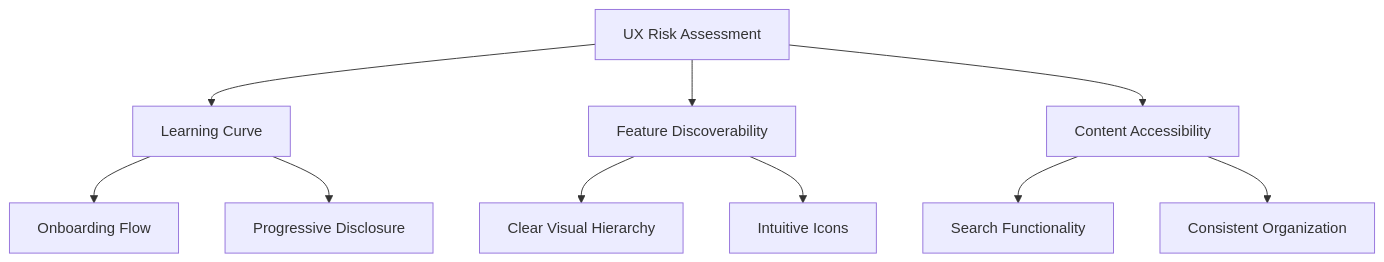
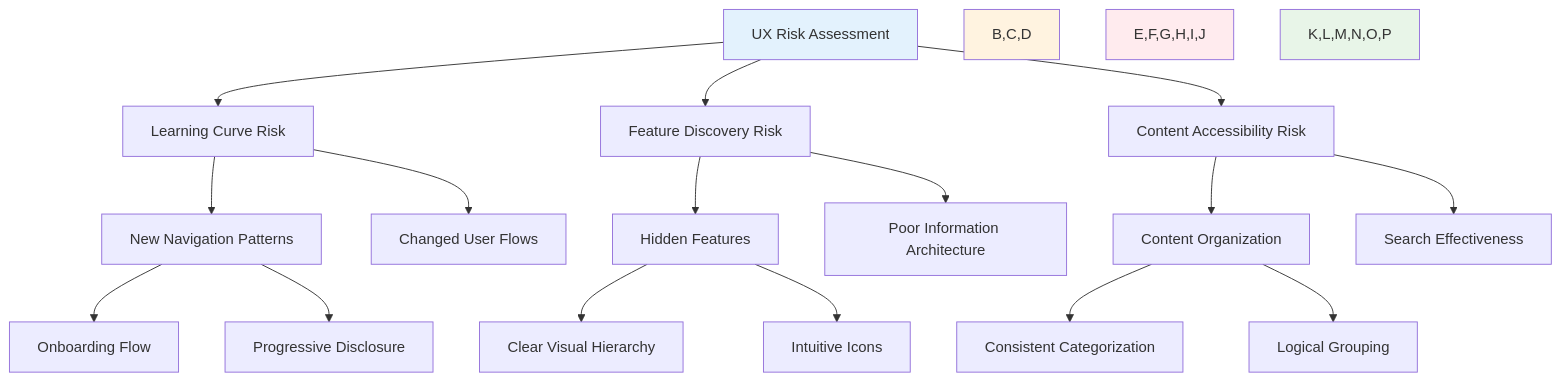
One commit to Justy6674/DSWebsite_next.js changed diagram 29 of 31 in docs/patient-portal-mobile-first-redesign-prd.md. Above: the diagram before and after it, drawn with Mermaid. The commit also changed other lines of this file, not shown here.

First line of the commit message:
fix: Complete Patient Portal PRD with comprehensive mermaid diagrams

````diff
--- a/docs/patient-portal-mobile-first-redesign-prd.md
+++ b/docs/patient-portal-mobile-first-redesign-prd.md
@@ -656,15 +868,29 @@
 ```mermaid
 graph TD
-    A[UX Risk Assessment] --> B[Learning Curve]
-    A --> C[Feature Discoverability]
-    A --> D[Content Accessibility]
+    A[UX Risk Assessment] --> B[Learning Curve Risk]
+    A --> C[Feature Discovery Risk]
+    A --> D[Content Accessibility Risk]
 
-    B --> E[Onboarding Flow]
-    B --> F[Progressive Disclosure]
+    B --> E[New Navigation Patterns]
+    B --> F[Changed User Flows]
 
-    C --> G[Clear Visual Hierarchy]
-    C --> H[Intuitive Icons]
+    C --> G[Hidden Features]
+    C --> H[Poor Information Architecture]
 
-    D --> I[Search Functionality]
-    D --> J[Consistent Organization]
+    D --> I[Content Organization]
+    D --> J[Search Effectiveness]
+
+    E --> K[Onboarding Flow]
+    E --> L[Progressive Disclosure]
+
+    G --> M[Clear Visual Hierarchy]
+    G --> N[Intuitive Icons]
+
+    I --> O[Consistent Categorization]
+    I --> P[Logical Grouping]
+
+    style A fill:#e3f2fd
+    style B,C,D fill:#fff3e0
+    style E,F,G,H,I,J fill:#ffebee
+    style K,L,M,N,O,P fill:#e8f5e8
 ```
````
